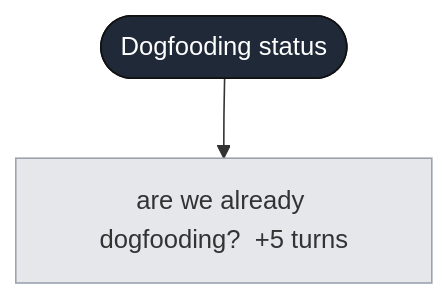
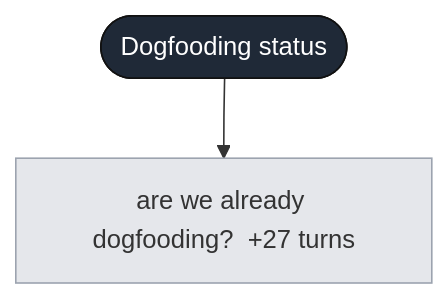
Before and after one commit to bar9/yolo-twice: the diagram in .yolo-twice/sessions/7f825bc9-97c2-4932-8575-d8beab55a0eb/graph.L1.mmd, drawn with Mermaid. The commit also changed 22 other files, not shown here.

```diff
--- a/.yolo-twice/sessions/7f825bc9-97c2-4932-8575-d8beab55a0eb/graph.L1.mmd
+++ b/.yolo-twice/sessions/7f825bc9-97c2-4932-8575-d8beab55a0eb/graph.L1.mmd
@@ -1,15 +1,15 @@
 flowchart TD
   s_7f825bc9_97c2_4932_8575_d8beab55a0eb(["Dogfooding status"])
-  p1["are we already dogfooding?  +5 turns "]
+  p1["are we already dogfooding?  +27 turns "]
   s_7f825bc9_97c2_4932_8575_d8beab55a0eb --> p1
   classDef session fill:#1f2937,color:#fff,stroke:#111;
   classDef phase fill:#e5e7eb,stroke:#9ca3af;
   classDef turn fill:#dbeafe,stroke:#60a5fa;
   classDef branch fill:#fde68a,stroke:#d97706;
   classDef subagent fill:#ede9fe,stroke:#8b5cf6;
   classDef tool fill:#dcfce7,stroke:#22c55e;
   classDef error fill:#fee2e2,stroke:#ef4444;
   classDef text fill:#f3f4f6,stroke:#9ca3af;
   classDef thinking fill:#f3f4f6,stroke:#d1d5db,stroke-dasharray: 3 3;
   class s_7f825bc9_97c2_4932_8575_d8beab55a0eb session;
   class p1 phase;
```
